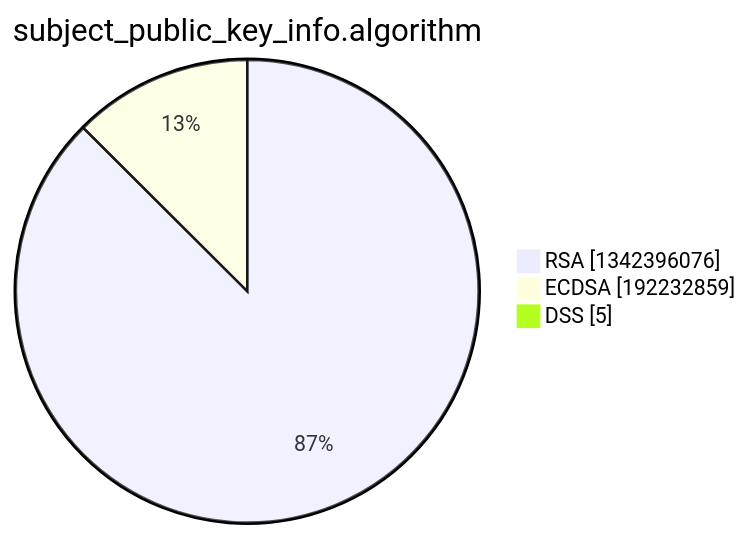
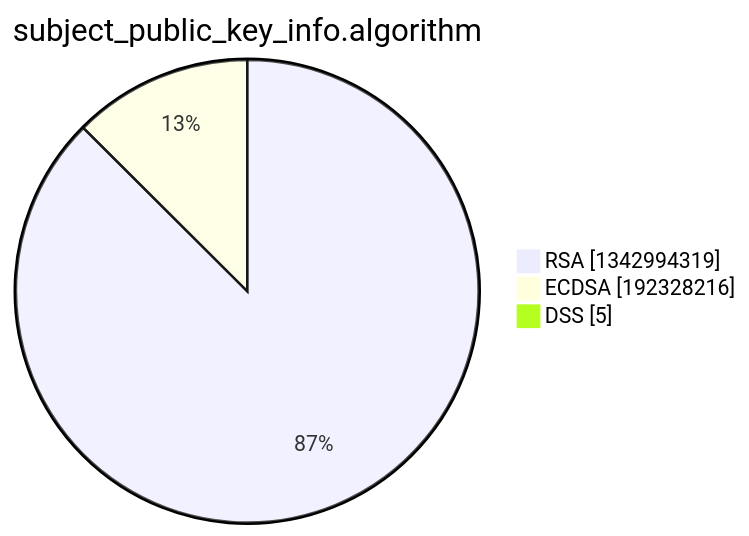
One commit to christiankrug/ctmonitor_visualization changed the third of 15 diagrams in xenon2022/README.md. Above: the diagram before and after it, drawn with Mermaid. The commit also changed other lines of this file, not shown here.

````diff
--- a/xenon2022/README.md
+++ b/xenon2022/README.md
@@ -14,7 +14,7 @@
 ```mermaid
 pie showData
 title subject_public_key_info.algorithm
-"RSA" :1342396076
-"ECDSA" :192232859
+"RSA" :1342994319
+"ECDSA" :192328216
 "DSS" :5
 ```
````
